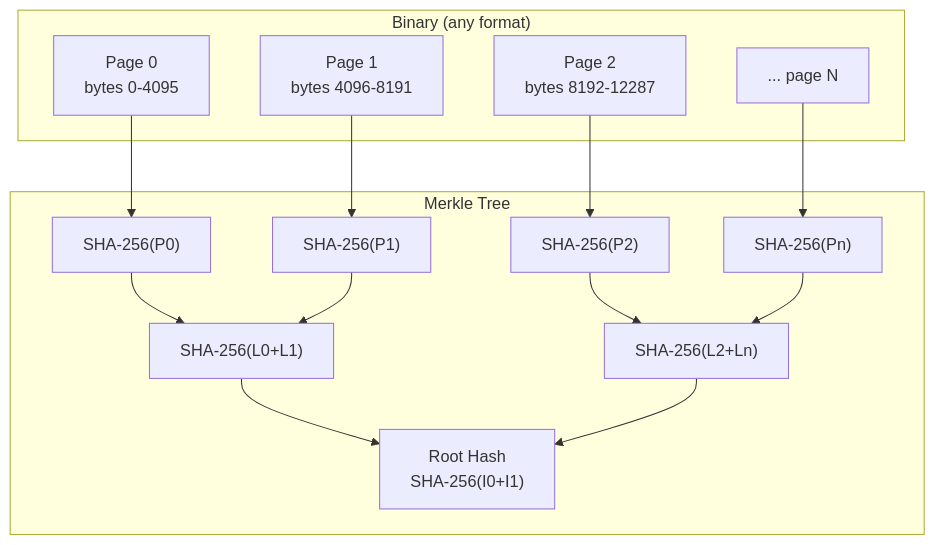
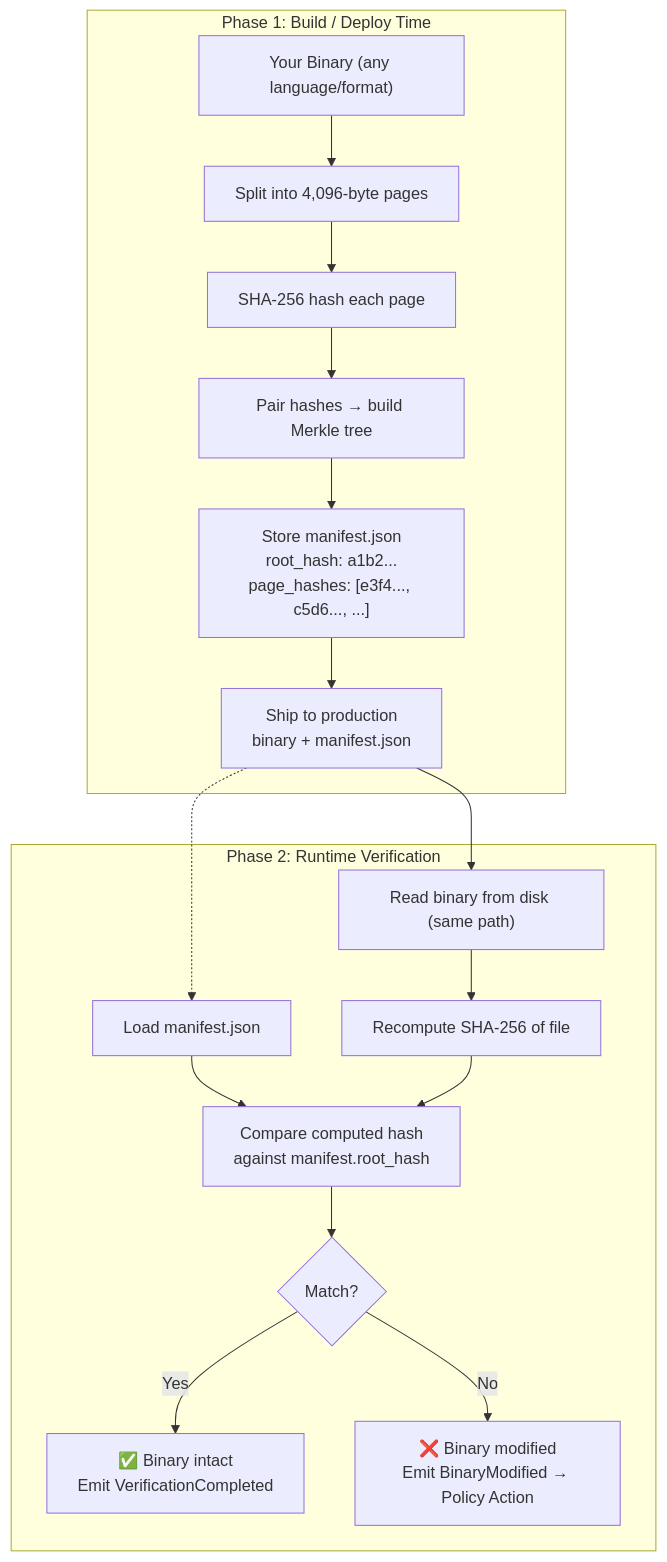
Before and after one commit to swadhingoswami/RuntimeShield: the sixth of 10 diagrams in README.md, drawn with Mermaid. The commit also changed other lines of this file, not shown here.

Commit message:
docs: clarify hash lifecycle — compute once at build, recompute + compare at runtime

````diff
--- a/README.md
+++ b/README.md
@@ -410,30 +417,35 @@
 ```mermaid
-graph TB
-    subgraph "Binary (any format)"
-        P0["Page 0<br/>bytes 0-4095"]
-        P1["Page 1<br/>bytes 4096-8191"]
-        P2["Page 2<br/>bytes 8192-12287"]
-        Pn["... page N"]
+flowchart TB
+    subgraph "Phase 1: Build / Deploy Time"
+        BUILD_BIN["Your Binary (any language/format)"]
+        PAGES["Split into 4,096-byte pages"]
+        HASH_PAGES["SHA-256 hash each page"]
+        BUILD_TREE["Pair hashes → build Merkle tree"]
+        STORE["Store manifest.json<br/>root_hash: a1b2...<br/>page_hashes: [e3f4..., c5d6..., ...]"]
+        SHIP["Ship to production<br/>binary + manifest.json"]
     end
 
-    subgraph "Merkle Tree"
-        L0["SHA-256(P0)"]
-        L1["SHA-256(P1)"]
-        L2["SHA-256(P2)"]
-        Ln["SHA-256(Pn)"]
-        I0["SHA-256(L0+L1)"]
-        I1["SHA-256(L2+Ln)"]
-        ROOT["Root Hash<br/>SHA-256(I0+I1)"]
+    subgraph "Phase 2: Runtime Verification"
+        READ_BIN["Read binary from disk (same path)"]
+        READ_MANIFEST["Load manifest.json"]
+        COMPUTE["Recompute SHA-256 of file"]
+        COMPARE["Compare computed hash<br/>against manifest.root_hash"]
+        DECIDE{"Match?"}
+        OK["✅ Binary intact<br/>Emit VerificationCompleted"]
+        FAIL["❌ Binary modified<br/>Emit BinaryModified → Policy Action"]
     end
 
-    P0 --> L0
-    P1 --> L1
-    P2 --> L2
-    Pn --> Ln
-    L0 --> I0
-    L1 --> I0
-    L2 --> I1
-    Ln --> I1
-    I0 --> ROOT
-    I1 --> ROOT
+    BUILD_BIN --> PAGES
+    PAGES --> HASH_PAGES
+    HASH_PAGES --> BUILD_TREE
+    BUILD_TREE --> STORE
+    STORE --> SHIP
+    SHIP --> READ_BIN
+    SHIP -.-> READ_MANIFEST
+    READ_BIN --> COMPUTE
+    READ_MANIFEST --> COMPARE
+    COMPUTE --> COMPARE
+    COMPARE --> DECIDE
+    DECIDE -->|Yes| OK
+    DECIDE -->|No| FAIL
 ```
````
